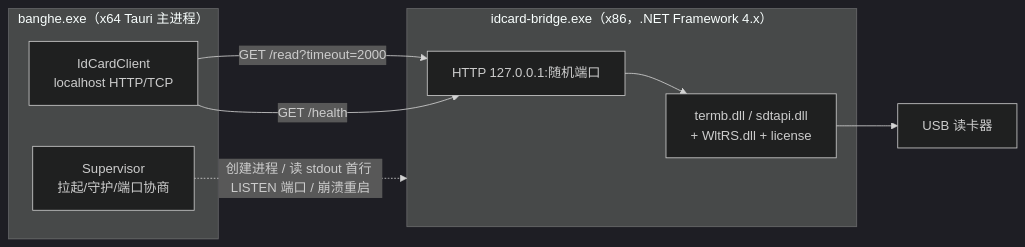
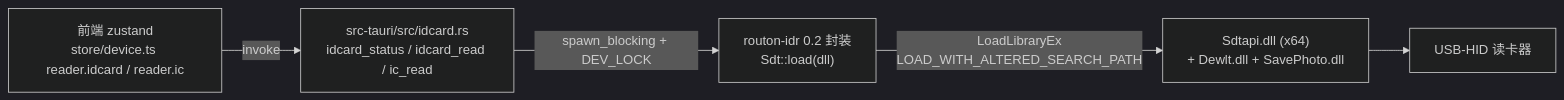
Before and after one commit to datawalkcloud/BangHe: the third of 4 diagrams in docs/design/04-硬件对接方案.md, drawn with Mermaid (dark theme). The commit also changed other lines of this file and 309 other files, not shown here.

````diff
--- a/docs/design/04-硬件对接方案.md
+++ b/docs/design/04-硬件对接方案.md
@@ -189,15 +199,7 @@
 ```mermaid
 flowchart LR
-    subgraph Main["banghe.exe（x64 Tauri 主进程）"]
-        CL["IdCardClient<br/>localhost HTTP/TCP"]
-        SUP["Supervisor<br/>拉起/守护/端口协商"]
-    end
-    subgraph Br["idcard-bridge.exe（x86，.NET Framework 4.x）"]
-        SDK["termb.dll / sdtapi.dll<br/>+ WltRS.dll + license"]
-        API["HTTP 127.0.0.1:随机端口"]
-    end
-    DEV["USB 读卡器"]
-    SUP -.->|"创建进程 / 读 stdout 首行 LISTEN 端口 / 崩溃重启"| Br
-    CL -->|"GET /read?timeout=2000"| API --> SDK --> DEV
-    CL -->|"GET /health"| API
+    FE["前端 zustand<br/>store/device.ts reader.idcard / reader.ic"] -->|"invoke"| CMD["src-tauri/src/idcard.rs<br/>idcard_status / idcard_read / ic_read"]
+    CMD -->|"spawn_blocking + DEV_LOCK"| WRAP["routon-idr 0.2 封装<br/>Sdt::load(dll)"]
+    WRAP -->|"LoadLibraryEx<br/>LOAD_WITH_ALTERED_SEARCH_PATH"| DLL["Sdtapi.dll (x64)<br/>+ Dewlt.dll + SavePhoto.dll"]
+    DLL --> DEV["USB-HID 读卡器"]
 ```
````
